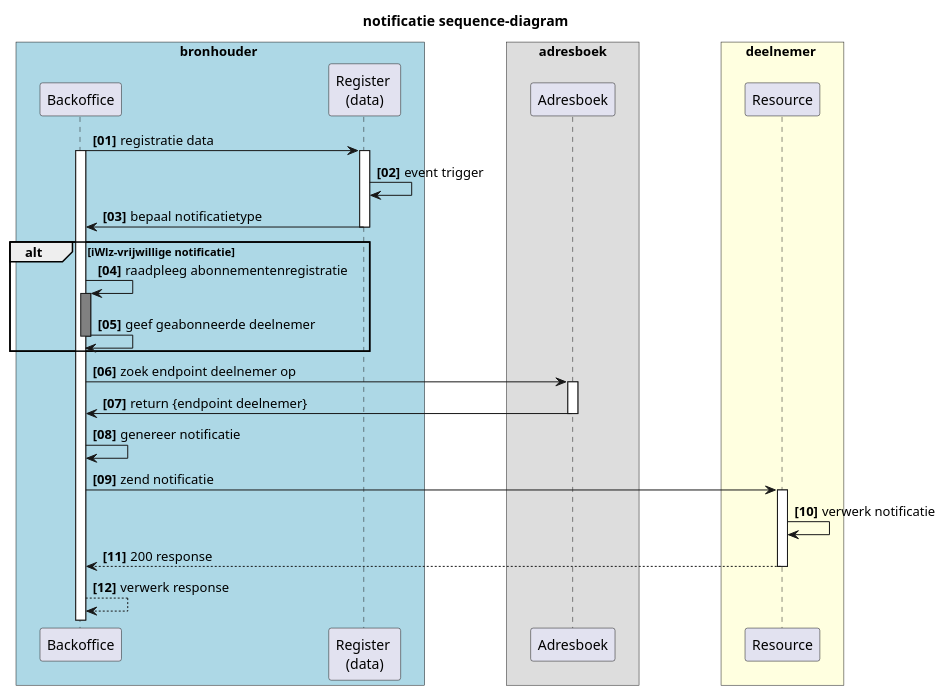
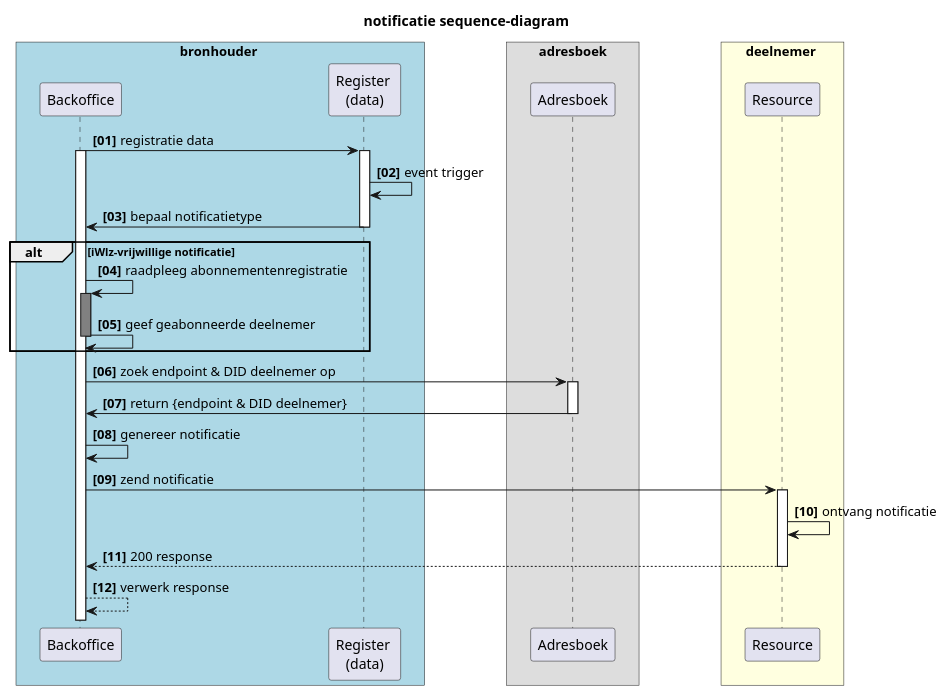
Before and after one commit to iStandaarden/iWlz-RequestForComment: the second of 4 diagrams in RFC/RFC0008 - Notificaties en Abonnementen.md, drawn with PlantUML. The commit also changed other lines of this file, not shown here.

````diff
--- a/RFC/RFC0008 - Notificaties en Abonnementen.md
+++ b/RFC/RFC0008 - Notificaties en Abonnementen.md
@@ -205,49 +204,49 @@
   ```plantuml
   @startuml rfc008-02-notificatie_sequence
   title notificatie sequence-diagram
   skinparam handwritten false
   skinparam participantpadding 20
   skinparam boxpadding 40
   autonumber "<b>[00]"
   box bronhouder #lightblue
   participant "Backoffice" as bs
   participant "Register \n(data)" as rg
   end box
 
   box adresboek
   participant "Adresboek" as ab
   end box
 
   box deelnemer #lightyellow
   participant "Resource" as dnp
   end box
 
     bs -> rg : registratie data
     activate rg
     activate bs
     rg -> rg: event trigger
     rg -> bs : bepaal notificatietype
     deactivate rg
 
       alt iWlz-vrijwillige notificatie
       bs -> bs: raadpleeg abonnementenregistratie
       activate bs #grey
       bs -> bs: geef geabonneerde deelnemer
       deactivate bs
       end 
 
-    bs -> ab: zoek endpoint deelnemer op
+    bs -> ab: zoek endpoint & DID deelnemer op
 
     activate ab
-    ab -> bs: return {endpoint deelnemer}
+    ab -> bs: return {endpoint & DID deelnemer}
     deactivate ab
     bs -> bs: genereer notificatie
     bs -> dnp: zend notificatie
     activate dnp
-    dnp -> dnp: verwerk notificatie
+    dnp -> dnp: ontvang notificatie
     dnp --> bs: 200 response
     deactivate dnp  
     bs --> bs: verwerk response
 
   @enduml
   ```
````
